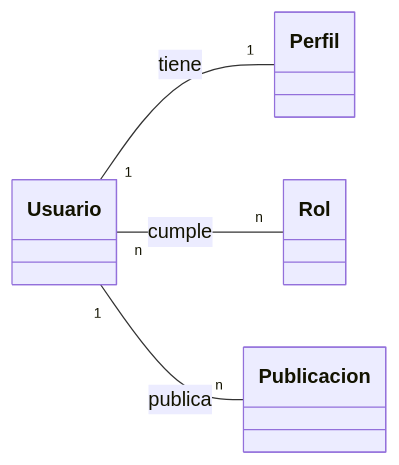
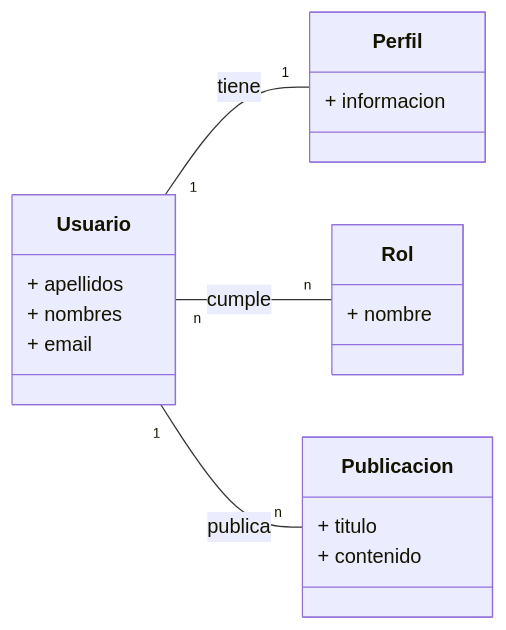
One commit to eormeno/dbacki_2024 changed the first of 5 diagrams in migrations.md. Above: the diagram before and after it, drawn with Mermaid. The commit also changed other lines of this file and 1 other file, not shown here.

````diff
--- a/migrations.md
+++ b/migrations.md
@@ -71,15 +71,22 @@
 ```mermaid
 classDiagram
     direction LR
     class Usuario {
+        + apellidos
+        + nombres
+        + email
     }
     class Publicacion {
+        + titulo
+        + contenido
     }
     class Perfil {
+        + informacion
     }
     class Rol {
+        + nombre
     }
     Usuario "1" -- "1" Perfil : tiene
     Usuario "n" -- "n" Rol : cumple
     Usuario "1" -- "n" Publicacion : publica
 ```
````
